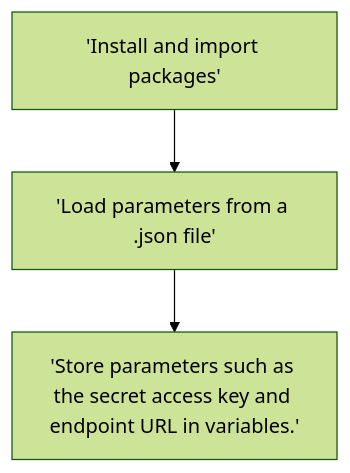
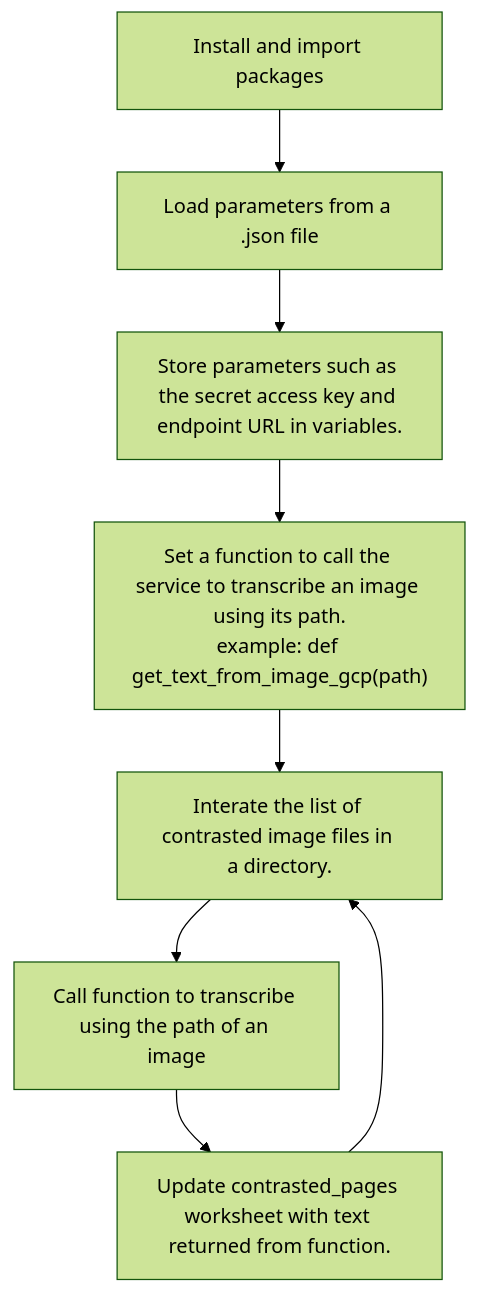
One commit to jeffblackadar/fieldbooks_antioch changed the diagram in README.md. Above: the diagram before and after it, drawn with Mermaid (forest theme).

````diff
--- a/README.md
+++ b/README.md
@@ -57,7 +57,12 @@
 ```mermaid
 graph TD
 
-T1['Install and import packages']-->T2['Load parameters from a .json file']
-T2-->T3['Store parameters such as the secret access key and endpoint URL in variables.']
+T1["Install and import packages"]-->T2["Load parameters from a .json file"]
+T2-->T3["Store parameters such as the secret access key and endpoint URL in variables."]
+T3-->T4["Set a function to call the service to transcribe an image using its path.<br>example: def get_text_from_image_gcp(path)"]
+T4-->T5["Interate the list of contrasted image files in a directory."]
+T5-->T6["Call function to transcribe using the path of an image"]
+T6-->T7["Update contrasted_pages worksheet with text returned from function."]
+T7-->T5
 
 ```
````
